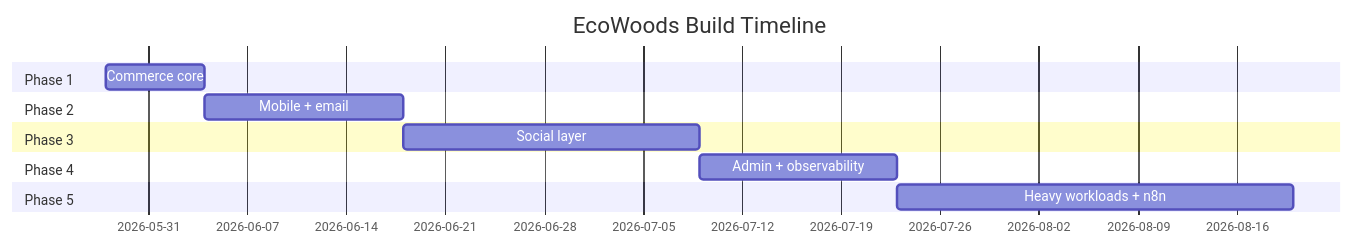
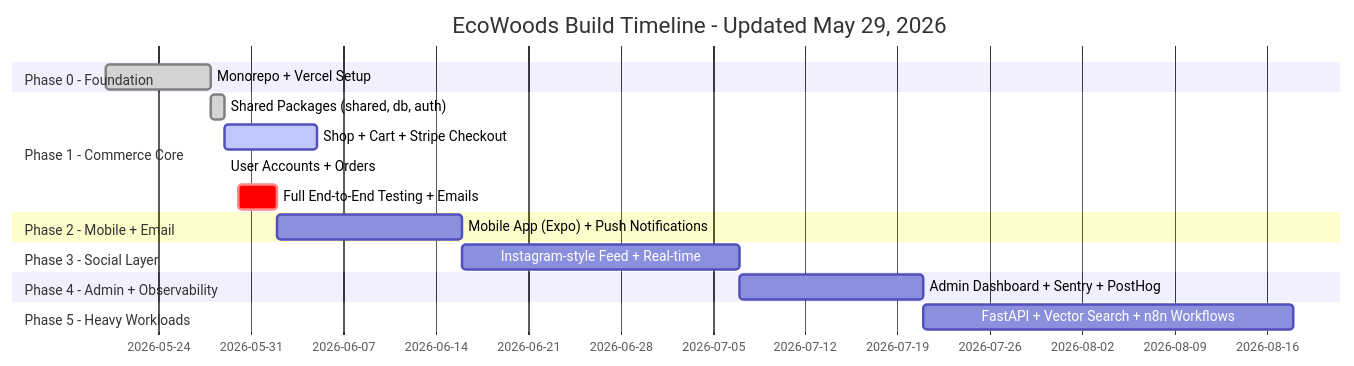
Before and after one commit to iceccarelli/ecowoods-app: the ninth of 9 diagrams in README.md, drawn with Mermaid. The commit also changed other lines of this file, not shown here.

Commit message:
Update roadmap and open decisions sections in README

````diff
--- a/README.md
+++ b/README.md
@@ -1334,15 +1337,20 @@
 ```mermaid
 gantt
-    title EcoWoods Build Timeline
+    title EcoWoods Build Timeline - Updated May 29, 2026
     dateFormat YYYY-MM-DD
-    section Phase 1
-    Commerce core              :p1, 2026-05-28, 7d
-    section Phase 2
-    Mobile + email             :p2, after p1, 14d
-    section Phase 3
-    Social layer               :p3, after p2, 21d
-    section Phase 4
-    Admin + observability      :p4, after p3, 14d
-    section Phase 5
-    Heavy workloads + n8n      :p5, after p4, 28d
+    section Phase 0 - Foundation
+    Monorepo + Vercel Setup :done, 2026-05-20, 2026-05-28
+    section Phase 1 - Commerce Core
+    Shared Packages (shared, db, auth) :done, 2026-05-28, 2026-05-29
+    Shop + Cart + Stripe Checkout :active, 2026-05-29, 7d
+    User Accounts + Orders :done, 2026-05-29, 2026-05-29
+    Full End-to-End Testing + Emails :crit, 2026-05-30, 3d
+    section Phase 2 - Mobile + Email
+    Mobile App (Expo) + Push Notifications :2026-06-02, 14d
+    section Phase 3 - Social Layer
+    Instagram-style Feed + Real-time :2026-06-16, 21d
+    section Phase 4 - Admin + Observability
+    Admin Dashboard + Sentry + PostHog :2026-07-07, 14d
+    section Phase 5 - Heavy Workloads
+    FastAPI + Vector Search + n8n Workflows :2026-07-21, 28d
 ```
````
